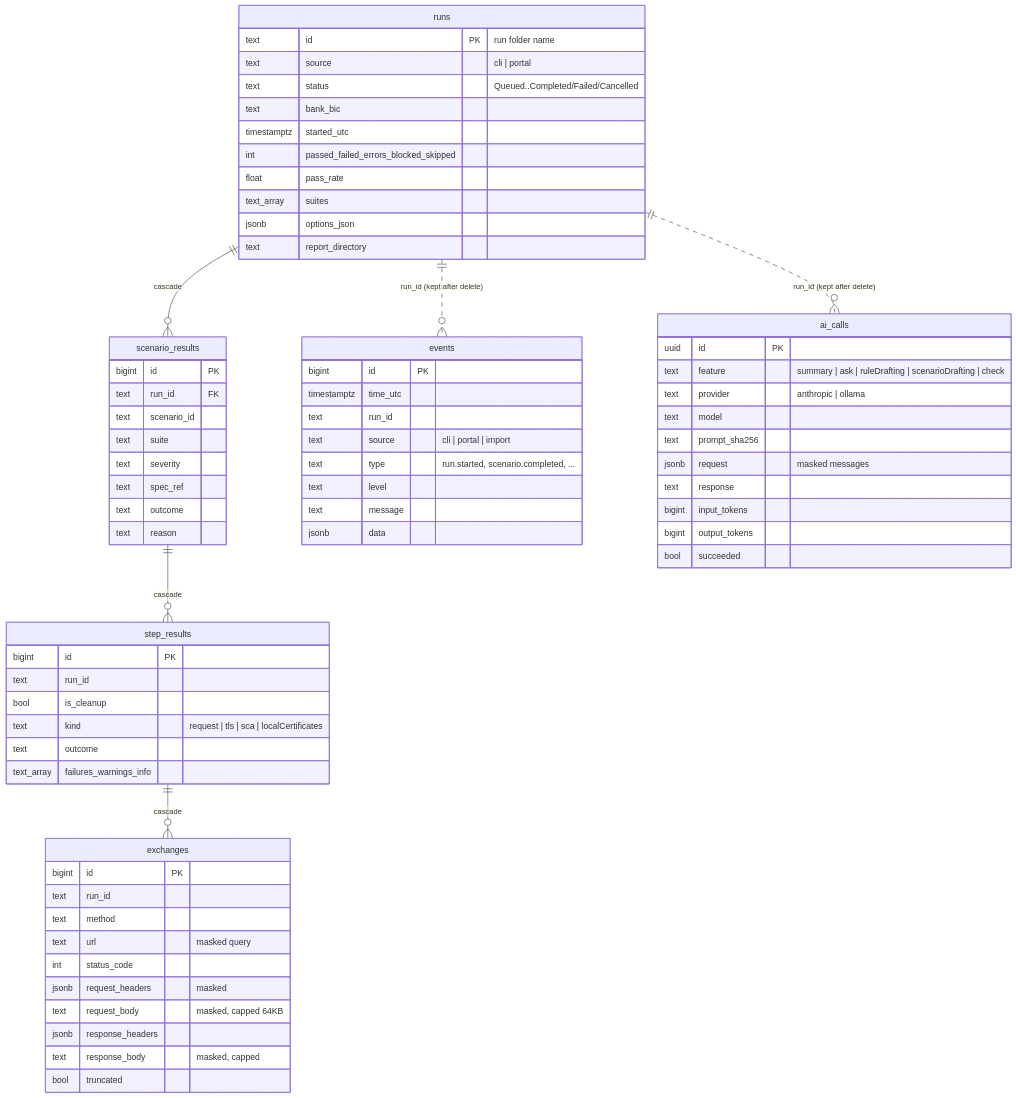
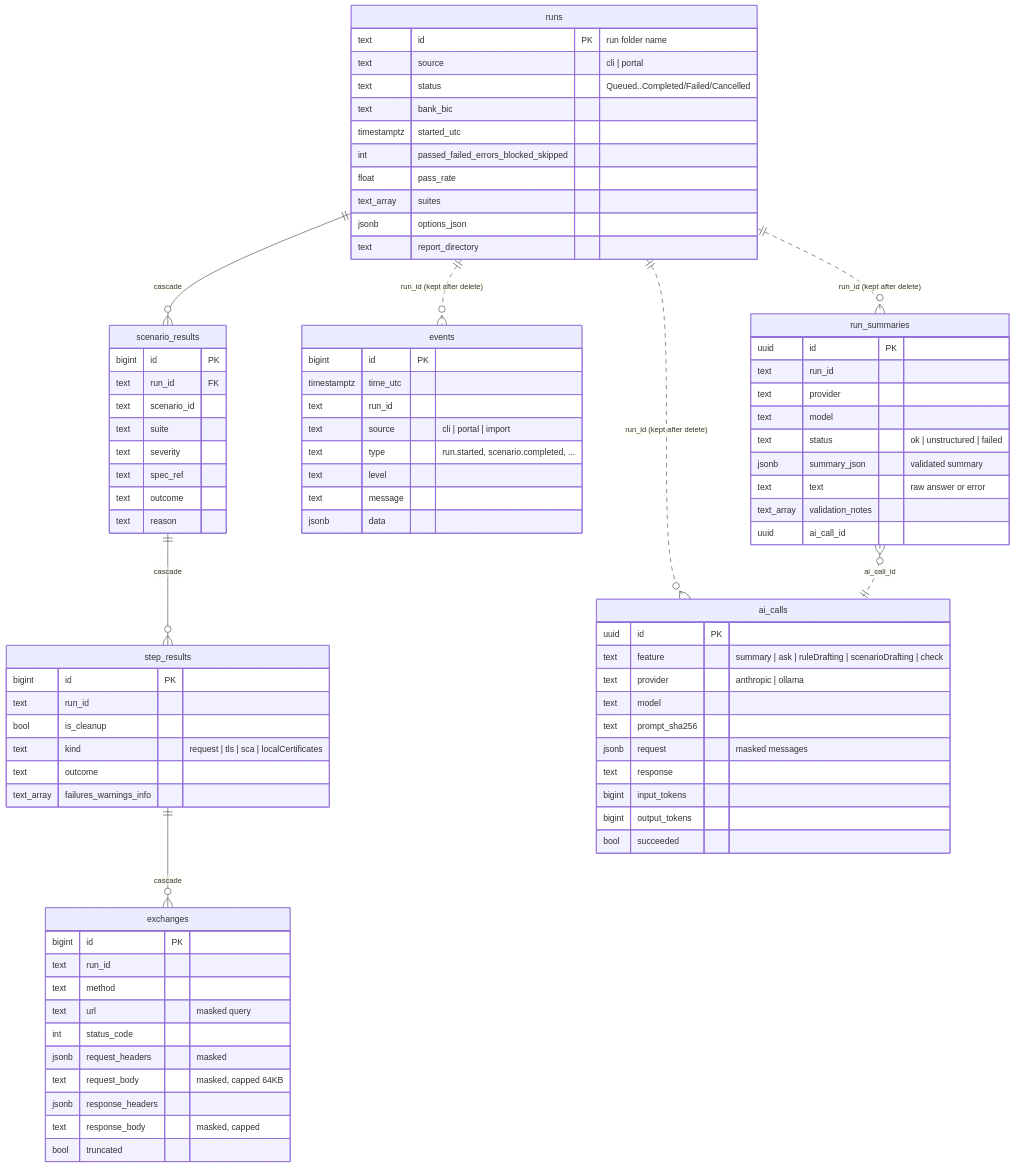
The fourth of 5 diagrams in ARCHITECTURE.md (levan-petrosiani/Aurasoft-Monitoring), drawn with Mermaid before and after one commit. The commit also changed other lines of this file and 40 other files, not shown here.

First line of the commit message:
Phase 1: AI run summaries (triage)

```diff
--- a/ARCHITECTURE.md
+++ b/ARCHITECTURE.md
@@ -105,6 +125,8 @@
     step_results ||--o{ exchanges : "cascade"
     runs ||..o{ events : "run_id (kept after delete)"
     runs ||..o{ ai_calls : "run_id (kept after delete)"
+    runs ||..o{ run_summaries : "run_id (kept after delete)"
+    run_summaries }o..|| ai_calls : "ai_call_id"
 
     runs {
         text id PK "run folder name"
@@ -158,6 +180,17 @@
         text message
         jsonb data
     }
+    run_summaries {
+        uuid id PK
+        text run_id
+        text provider
+        text model
+        text status "ok | unstructured | failed"
+        jsonb summary_json "validated summary"
+        text text "raw answer or error"
+        text_array validation_notes
+        uuid ai_call_id
+    }
     ai_calls {
         uuid id PK
         text feature "summary | ask | ruleDrafting | scenarioDrafting | check"
```
